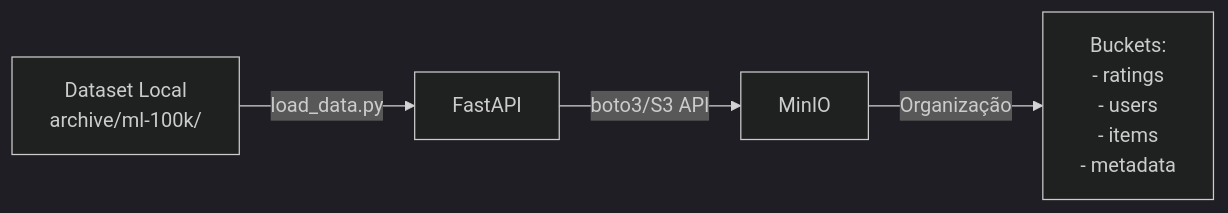
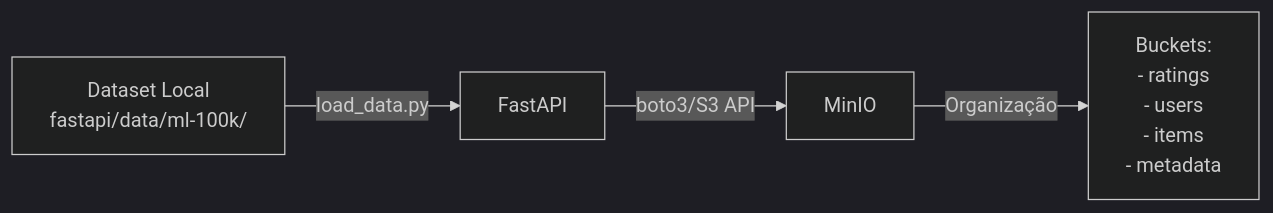
One commit to alecct812/Projeto-Machine-Learning changed the diagram in README.md. Above: the diagram before and after it, drawn with Mermaid (dark theme). The commit also changed other lines of this file and 40 other files, not shown here.

````diff
--- a/README.md
+++ b/README.md
@@ -388,6 +383,6 @@
 ```mermaid
 graph LR
-    A[Dataset Local<br/>archive/ml-100k/] -->|load_data.py| B[FastAPI]
+    A[Dataset Local<br/>fastapi/data/ml-100k/] -->|load_data.py| B[FastAPI]
     B -->|boto3/S3 API| C[MinIO]
     C -->|Organização| D[Buckets:<br/>- ratings<br/>- users<br/>- items<br/>- metadata]
 ```
````
